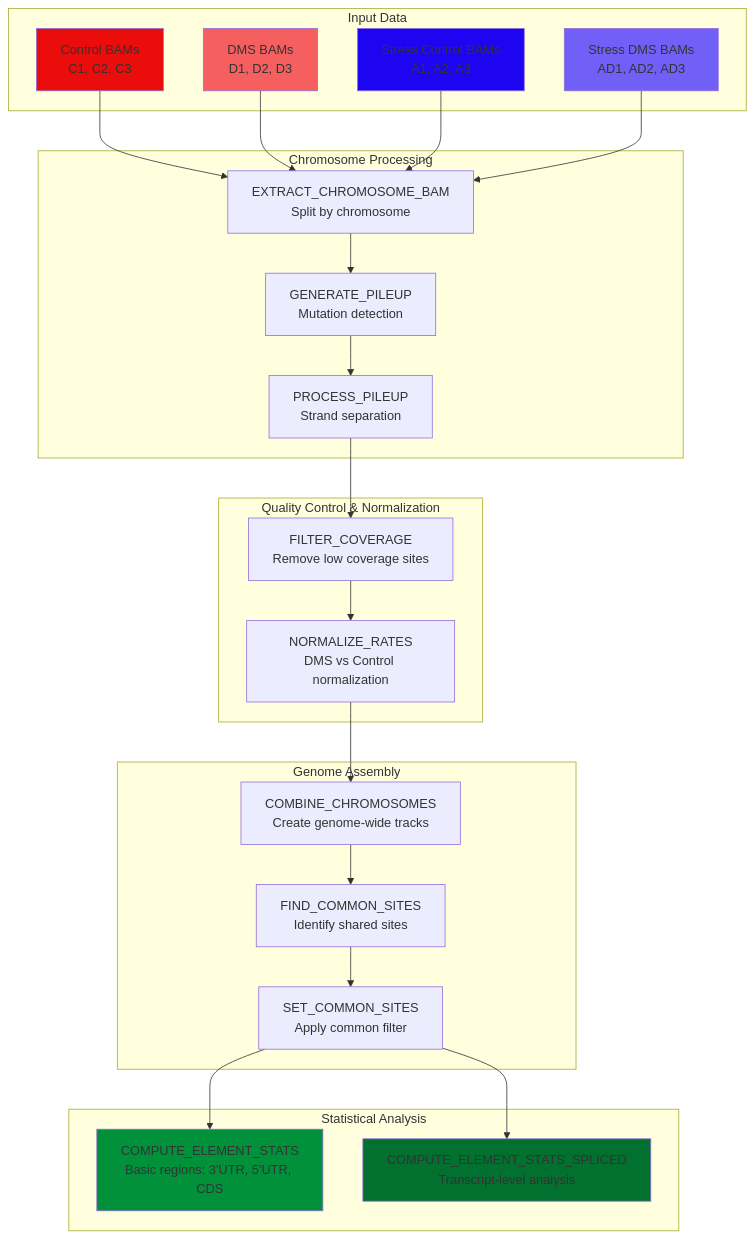
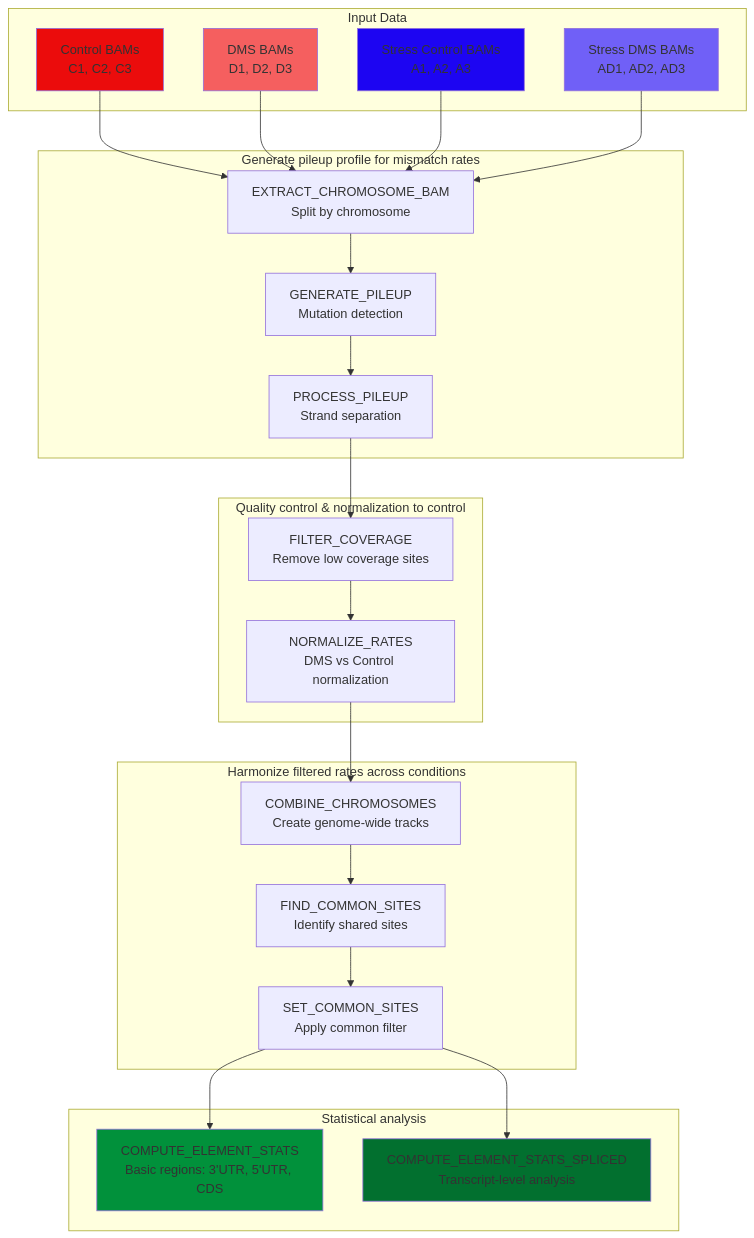
One commit to t-whitfield/TRAM-seq changed the diagram in README.md. Above: the diagram before and after it, drawn with Mermaid.

Commit message:
Update README.md
Update nomenclature for description of pipeline steps.

````diff
--- a/README.md
+++ b/README.md
@@ -16,49 +16,49 @@
 ```mermaid
 flowchart TD
     subgraph "Input Data"
         A1[Control BAMs<br/>C1, C2, C3]
         A2[DMS BAMs<br/>D1, D2, D3]
         A3[Stress Control BAMs<br/>A1, A2, A3]
         A4[Stress DMS BAMs<br/>AD1, AD2, AD3]
     end
     
-    subgraph "Chromosome Processing"
+    subgraph "Generate pileup profile for mismatch rates"
         B[EXTRACT_CHROMOSOME_BAM<br/>Split by chromosome]
         C[GENERATE_PILEUP<br/>Mutation detection]
         D[PROCESS_PILEUP<br/>Strand separation]
     end
     
-    subgraph "Quality Control & Normalization"
+    subgraph "Quality control & normalization to control"
         E[FILTER_COVERAGE<br/>Remove low coverage sites]
         F[NORMALIZE_RATES<br/>DMS vs Control normalization]
     end
     
-    subgraph "Genome Assembly"
+    subgraph "Harmonize filtered rates across conditions"
         G[COMBINE_CHROMOSOMES<br/>Create genome-wide tracks]
         H[FIND_COMMON_SITES<br/>Identify shared sites]
         I[SET_COMMON_SITES<br/>Apply common filter]
     end
     
-    subgraph "Statistical Analysis"
+    subgraph "Statistical analysis"
         J[COMPUTE_ELEMENT_STATS<br/>Basic regions: 3'UTR, 5'UTR, CDS]
         K[COMPUTE_ELEMENT_STATS_SPLICED<br/>Transcript-level analysis]
     end
     
     A1 & A2 & A3 & A4 --> B
     B --> C
     C --> D
     D --> E
     E --> F
     F --> G
     G --> H
     H --> I
     I --> J
     I --> K
     
     style A1 fill:#EB0C0C
     style A2 fill:#F55F5F
     style A3 fill:#1D05F2
     style A4 fill:#7060F7
     style J fill:#01913B
     style K fill:#02702F
 ```
````
